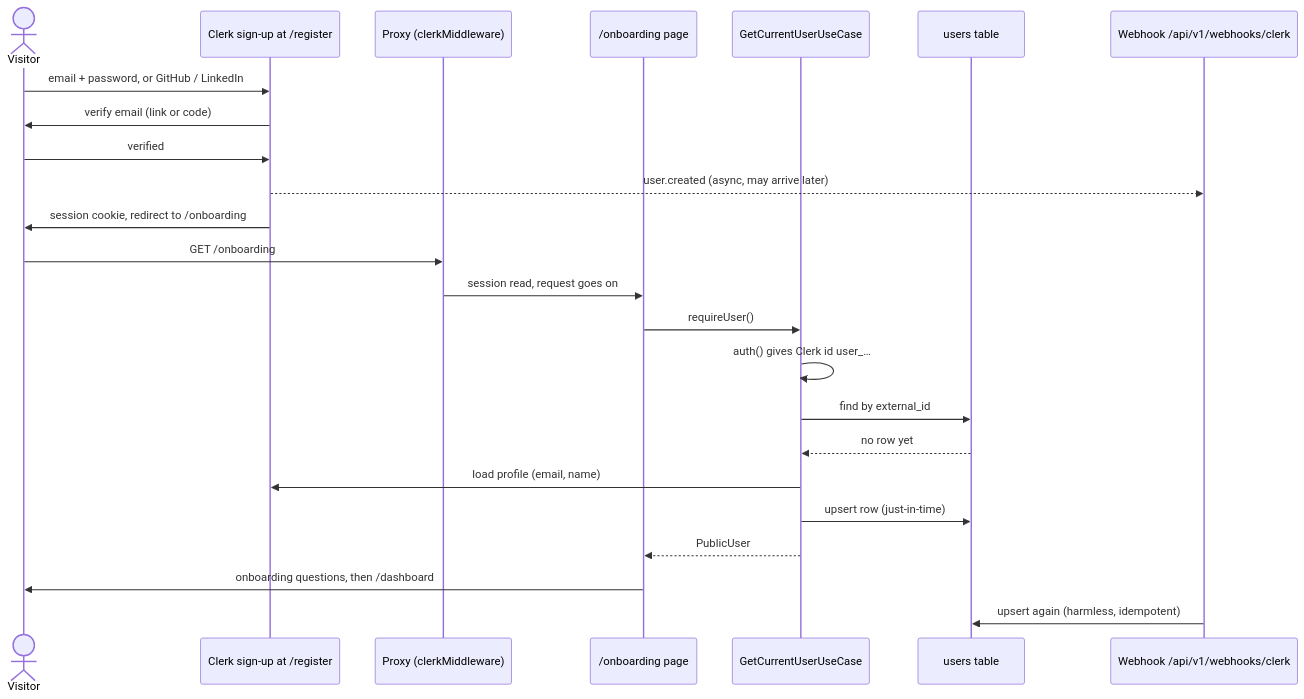
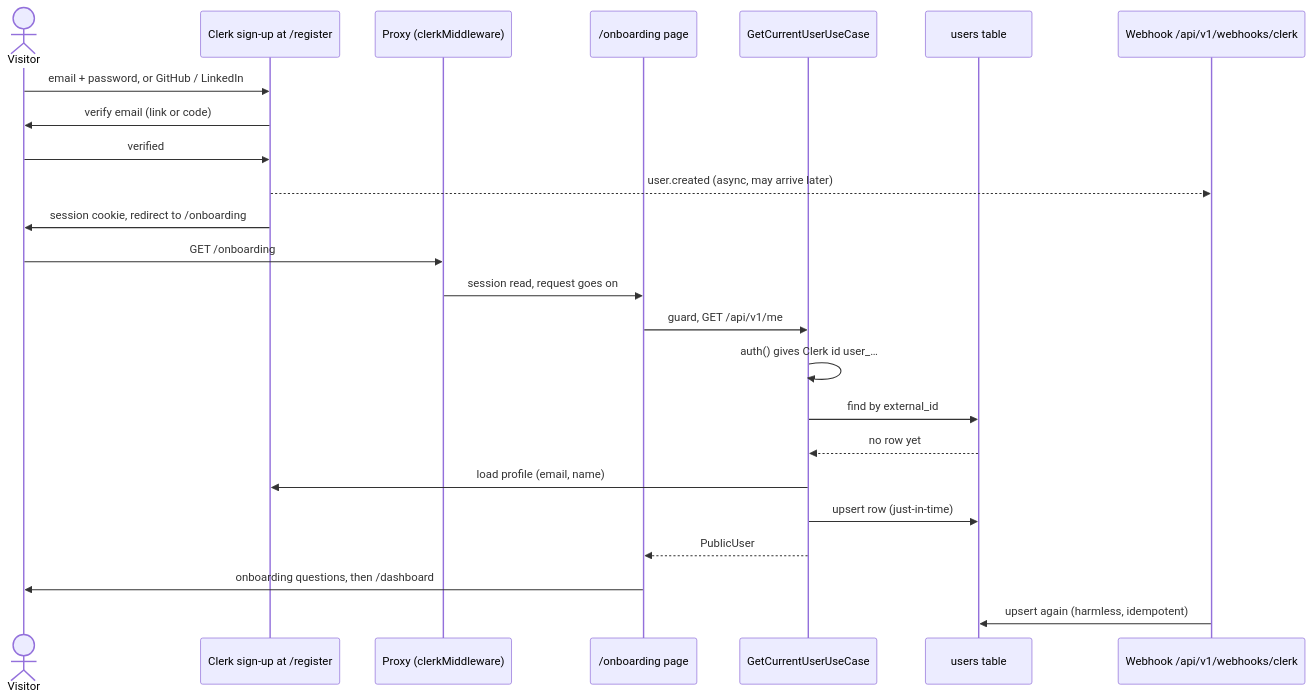
Before and after one commit to jobak-net/jobak: the first of 2 diagrams in docs/backend/AUTH.md, drawn with Mermaid. The commit also changed other lines of this file and 62 other files, not shown here.

````diff
--- a/docs/backend/AUTH.md
+++ b/docs/backend/AUTH.md
@@ -39,27 +39,27 @@
 ```mermaid
 sequenceDiagram
     actor V as Visitor
     participant C as Clerk sign-up at /register
     participant P as Proxy (clerkMiddleware)
     participant L as /onboarding page
     participant U as GetCurrentUserUseCase
     participant DB as users table
     participant W as Webhook /api/v1/webhooks/clerk
 
     V->>C: email + password, or GitHub / LinkedIn
     C->>V: verify email (link or code)
     V->>C: verified
     C-->>W: user.created (async, may arrive later)
     C->>V: session cookie, redirect to /onboarding
     V->>P: GET /onboarding
     P->>L: session read, request goes on
-    L->>U: requireUser()
+    L->>U: guard, GET /api/v1/me
     U->>U: auth() gives Clerk id user_…
     U->>DB: find by external_id
     DB-->>U: no row yet
     U->>C: load profile (email, name)
     U->>DB: upsert row (just-in-time)
     U-->>L: PublicUser
     L->>V: onboarding questions, then /dashboard
     W->>DB: upsert again (harmless, idempotent)
 ```
````
